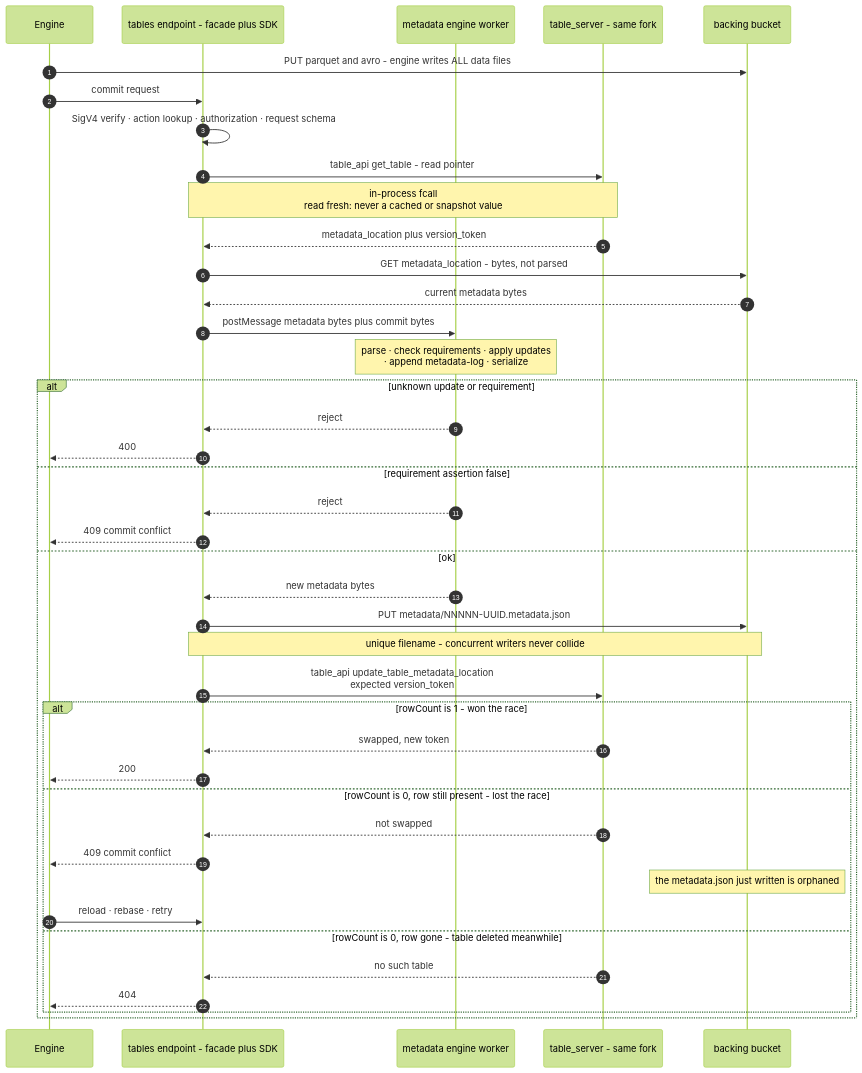
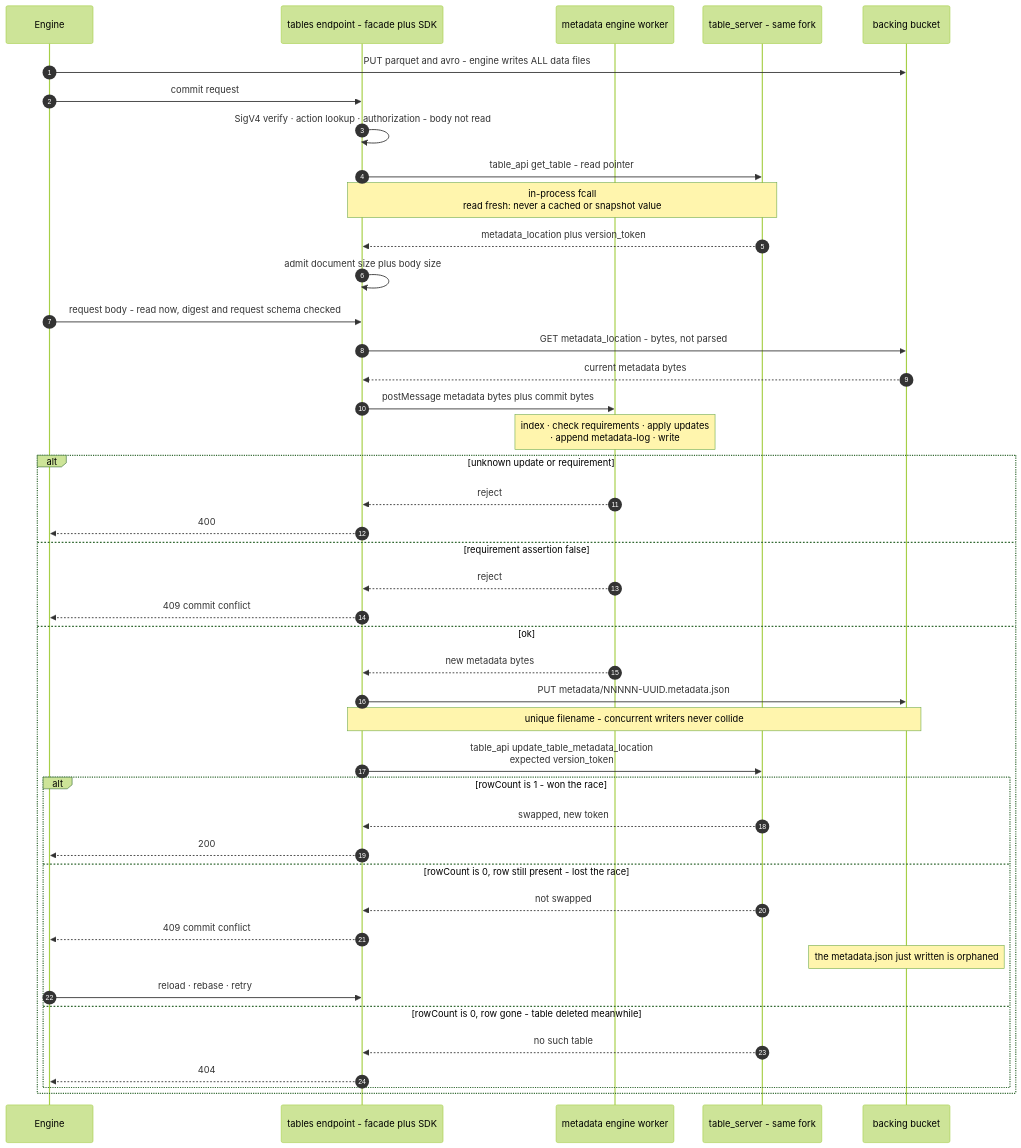
The third of 3 diagrams in docs/design/s3-tables/s3-tables-design.md (noobaa/noobaa-core), drawn with Mermaid (forest theme) before and after one commit. The commit also changed other lines of this file and 15 other files, not shown here.

````diff
--- a/docs/design/s3-tables/s3-tables-design.md
+++ b/docs/design/s3-tables/s3-tables-design.md
@@ -1939,44 +1954,46 @@
 ```mermaid
 sequenceDiagram
     autonumber
     participant E as Engine
     participant T as tables endpoint - facade plus SDK
     participant W as metadata engine worker
     participant C as table_server - same fork
     participant S3 as backing bucket
 
     E->>S3: PUT parquet and avro - engine writes ALL data files
     E->>T: commit request
-    T->>T: SigV4 verify · action lookup · authorization · request schema
+    T->>T: SigV4 verify · action lookup · authorization - body not read
     T->>C: table_api get_table - read pointer
     Note over T,C: in-process fcall<br/>read fresh: never a cached or snapshot value
     C-->>T: metadata_location plus version_token
+    T->>T: admit document size plus body size
+    E->>T: request body - read now, digest and request schema checked
     T->>S3: GET metadata_location - bytes, not parsed
     S3-->>T: current metadata bytes
     T->>W: postMessage metadata bytes plus commit bytes
-    Note over W: parse · check requirements · apply updates<br/>· append metadata-log · serialize
+    Note over W: index · check requirements · apply updates<br/>· append metadata-log · write
     alt unknown update or requirement
         W-->>T: reject
         T-->>E: 400
     else requirement assertion false
         W-->>T: reject
         T-->>E: 409 commit conflict
     else ok
         W-->>T: new metadata bytes
         T->>S3: PUT metadata/NNNNN-UUID.metadata.json
         Note over T,S3: unique filename - concurrent writers never collide
         T->>C: table_api update_table_metadata_location<br/>expected version_token
         alt rowCount is 1 - won the race
             C-->>T: swapped, new token
             T-->>E: 200
         else rowCount is 0, row still present - lost the race
             C-->>T: not swapped
             T-->>E: 409 commit conflict
             Note over S3: the metadata.json just written is orphaned
             E->>T: reload · rebase · retry
         else rowCount is 0, row gone - table deleted meanwhile
             C-->>T: no such table
             T-->>E: 404
         end
     end
 ```
````
